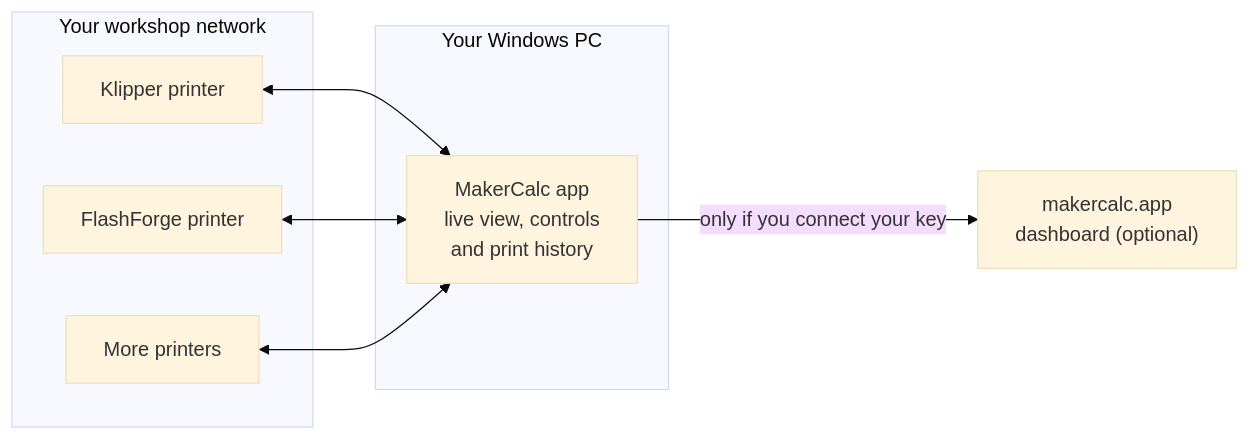
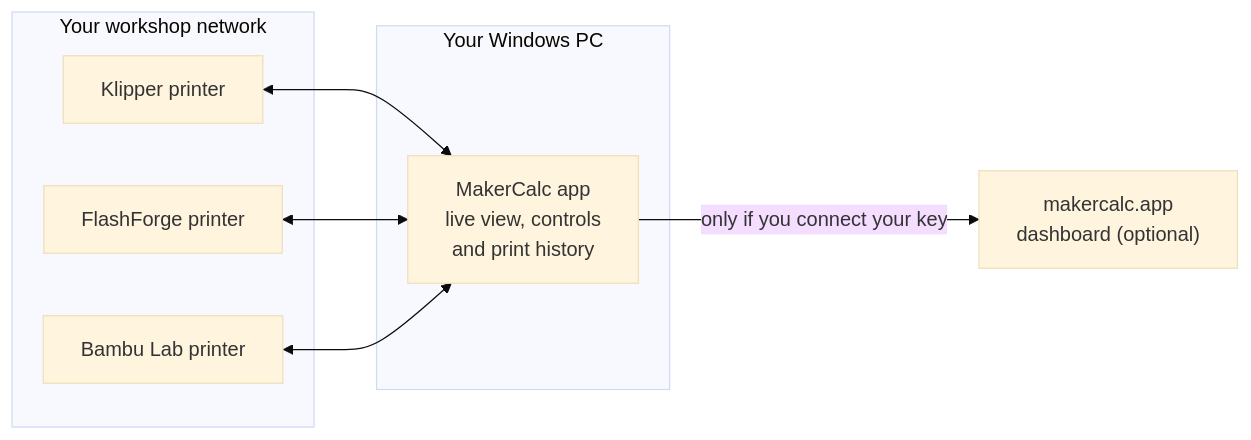
Before and after one commit to kkkohdeh/MakerCalcApp: the second of 3 diagrams in README.md, drawn with Mermaid (base theme). The commit also changed other lines of this file, not shown here.

Commit message:
Document Bambu Lab support

````diff
--- a/README.md
+++ b/README.md
@@ -66,16 +69,16 @@
 ```mermaid
 flowchart LR
     subgraph LAN["Your workshop network"]
         P1["Klipper printer"]
         P2["FlashForge printer"]
-        P3["More printers"]
+        P3["Bambu Lab printer"]
     end
     subgraph PC["Your Windows PC"]
         APP["MakerCalc app<br/>live view, controls<br/>and print history"]
     end
     WEB["makercalc.app<br/>dashboard (optional)"]
     P1 <--> APP
     P2 <--> APP
     P3 <--> APP
     APP -- "only if you connect your key" --> WEB
 ```
````
